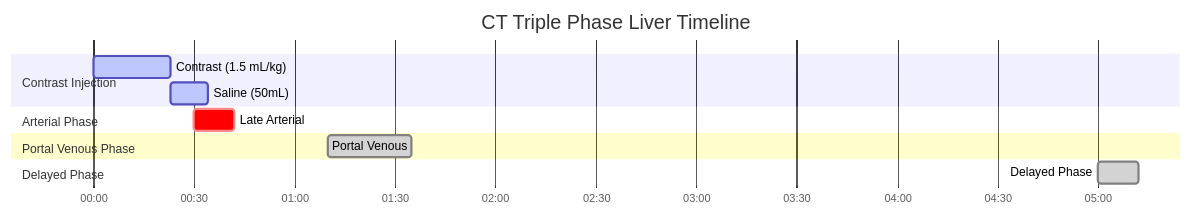
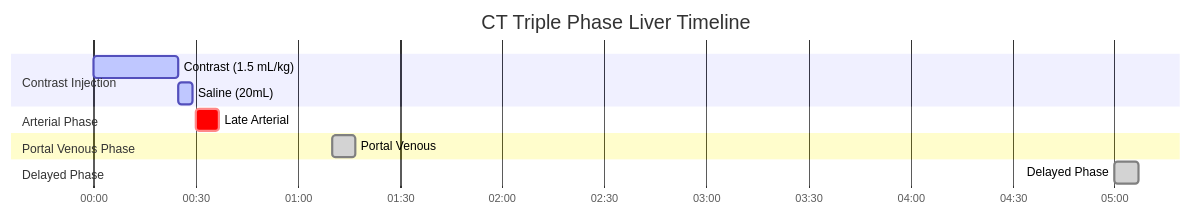
Before and after one commit to dfergs93/radiology-protocols: the diagram in docs/ct/abdomen/ct-triple-phase-liver.md, drawn with Mermaid. The commit also changed other lines of this file and 113 other files, not shown here.

````diff
--- a/docs/ct/abdomen/ct-triple-phase-liver.md
+++ b/docs/ct/abdomen/ct-triple-phase-liver.md
@@ -87,20 +87,20 @@
   ```mermaid
   ---
   config:
     theme: default
   ---
     gantt
       title CT Triple Phase Liver Timeline
       dateFormat mm:ss
       axisFormat %M:%S 
       
       section Contrast Injection
-      Contrast (1.5 mL/kg)    :active, contrast, 00:00, 23s
-      Saline (50mL)          :active, saline, after contrast, 11s
+      Contrast (1.5 mL/kg)    :active, contrast, 00:00, 25s
+      Saline (20mL)          :active, saline, after contrast, 4s
       section Arterial Phase
-      Late Arterial    :crit, scan1, 00:30, 12s
+      Late Arterial    :crit, scan1, 00:30, 7s
       section Portal Venous Phase
-      Portal Venous    :done, scan2, 01:10, 25s
+      Portal Venous    :done, scan2, 01:10, 7s
       section Delayed Phase
-      Delayed Phase    :done, scan3, 05:00, 12s
+      Delayed Phase    :done, scan3, 05:00, 7s
   ```
````
